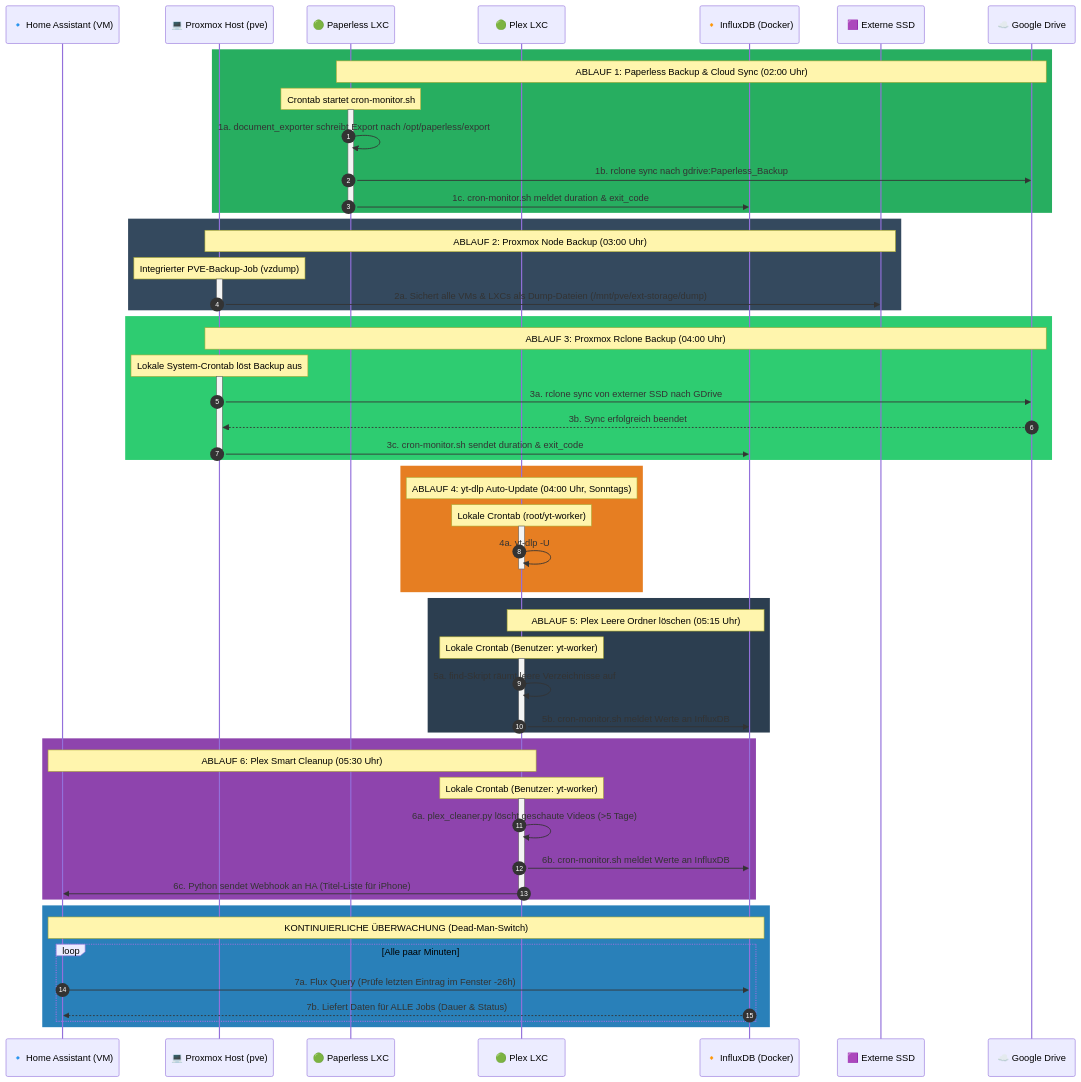
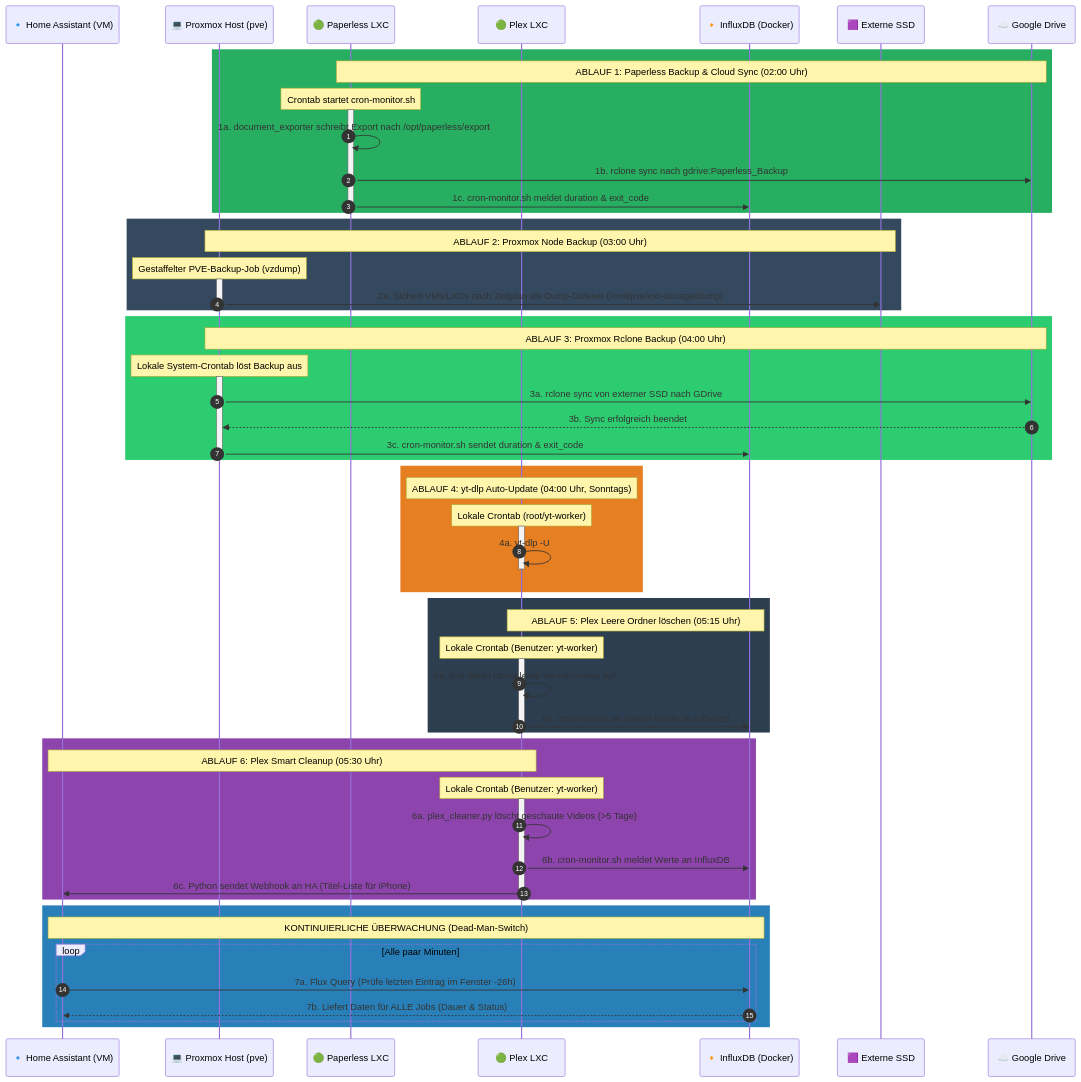
One commit to mxpfister/homelab-architecture changed the second of 7 diagrams in README.md. Above: the diagram before and after it, drawn with Mermaid. The commit also changed other lines of this file, not shown here.

````diff
--- a/README.md
+++ b/README.md
@@ -63,81 +66,81 @@
 ```mermaid
 sequenceDiagram
     autonumber
     participant HA as 🔹 Home Assistant (VM)
     participant PVE as 💻 Proxmox Host (pve)
     participant PaperlessLXC as 🟢 Paperless LXC
     participant PlexLXC as 🟢 Plex LXC
     participant Influx as 🔸 InfluxDB (Docker)
     participant SSD as 🟪 Externe SSD
     participant GDrive as ☁️ Google Drive
 
     %% --- ABLAUF 1: PAPERLESS EXPORT & SYNC (02:00 UHR) ---
     rect rgb(39, 174, 96)
         Note over PaperlessLXC, GDrive: ABLAUF 1: Paperless Backup & Cloud Sync (02:00 Uhr)
         Note over PaperlessLXC: Crontab startet cron-monitor.sh
         activate PaperlessLXC
         PaperlessLXC->>PaperlessLXC: 1a. document_exporter schreibt Export nach /opt/paperless/export
         PaperlessLXC->>GDrive: 1b. rclone sync nach gdrive:Paperless_Backup
         PaperlessLXC->>Influx: 1c. cron-monitor.sh meldet duration & exit_code
         deactivate PaperlessLXC
     end
 
     %% --- ABLAUF 2: PROXMOX VZDUMP BACKUP (03:00 UHR) ---
     rect rgb(52, 73, 94)
         Note over PVE, SSD: ABLAUF 2: Proxmox Node Backup (03:00 Uhr)
-        Note over PVE: Integrierter PVE-Backup-Job (vzdump)
+        Note over PVE: Gestaffelter PVE-Backup-Job (vzdump)
         activate PVE
-        PVE->>SSD: 2a. Sichert alle VMs & LXCs als Dump-Dateien (/mnt/pve/ext-storage/dump)
+        PVE->>SSD: 2a. Sichert VMs/LXCs nach Zeitplan als Dump-Dateien (/mnt/pve/ext-storage/dump)
         deactivate PVE
     end
 
     %% --- ABLAUF 3: PROXMOX RCLONE CLOUD SYNC (04:00 UHR) ---
     rect rgb(46, 204, 113)
         Note over PVE, GDrive: ABLAUF 3: Proxmox Rclone Backup (04:00 Uhr)
         Note over PVE: Lokale System-Crontab löst Backup aus
         activate PVE
         PVE->>GDrive: 3a. rclone sync von externer SSD nach GDrive
         GDrive-->>PVE: 3b. Sync erfolgreich beendet
         PVE->>Influx: 3c. cron-monitor.sh sendet duration & exit_code
         deactivate PVE
     end
 
     %% --- ABLAUF 4: YT-DLP UPDATE (04:00 UHR, SONNTAGS) ---
     rect rgb(230, 126, 34)
         Note over PlexLXC: ABLAUF 4: yt-dlp Auto-Update (04:00 Uhr, Sonntags)
         Note over PlexLXC: Lokale Crontab (root/yt-worker)
         activate PlexLXC
         PlexLXC->>PlexLXC: 4a. yt-dlp -U
         deactivate PlexLXC
     end
 
     %% --- ABLAUF 5: PLEX LEERE ORDNER LÖSCHEN (05:15 UHR) ---
     rect rgb(44, 62, 80)
         Note over PlexLXC, Influx: ABLAUF 5: Plex Leere Ordner löschen (05:15 Uhr)
         Note over PlexLXC: Lokale Crontab (Benutzer: yt-worker)
         activate PlexLXC
         PlexLXC->>PlexLXC: 5a. find-Skript räumt leere Verzeichnisse auf
         PlexLXC->>Influx: 5b. cron-monitor.sh meldet Werte an InfluxDB
         deactivate PlexLXC
     end
 
     %% --- ABLAUF 6: PLEX SMART CLEANUP (05:30 UHR) ---
     rect rgb(142, 68, 173)
         Note over PlexLXC, HA: ABLAUF 6: Plex Smart Cleanup (05:30 Uhr)
         Note over PlexLXC: Lokale Crontab (Benutzer: yt-worker)
         activate PlexLXC
         PlexLXC->>PlexLXC: 6a. plex_cleaner.py löscht geschaute Videos (>5 Tage)
         PlexLXC->>Influx: 6b. cron-monitor.sh meldet Werte an InfluxDB
         PlexLXC->>HA: 6c. Python sendet Webhook an HA (Titel-Liste für iPhone)
         deactivate PlexLXC
     end
 
     %% --- ABFRAGE-SCHLEIFE (DEAD-MAN-SWITCH) ---
     rect rgb(41, 128, 185)
         Note over HA, Influx: KONTINUIERLICHE ÜBERWACHUNG (Dead-Man-Switch)
         loop Alle paar Minuten
             HA->>Influx: 7a. Flux Query (Prüfe letzten Eintrag im Fenster -26h)
             Influx-->>HA: 7b. Liefert Daten für ALLE Jobs (Dauer & Status)
         end
     end
 ```
````
